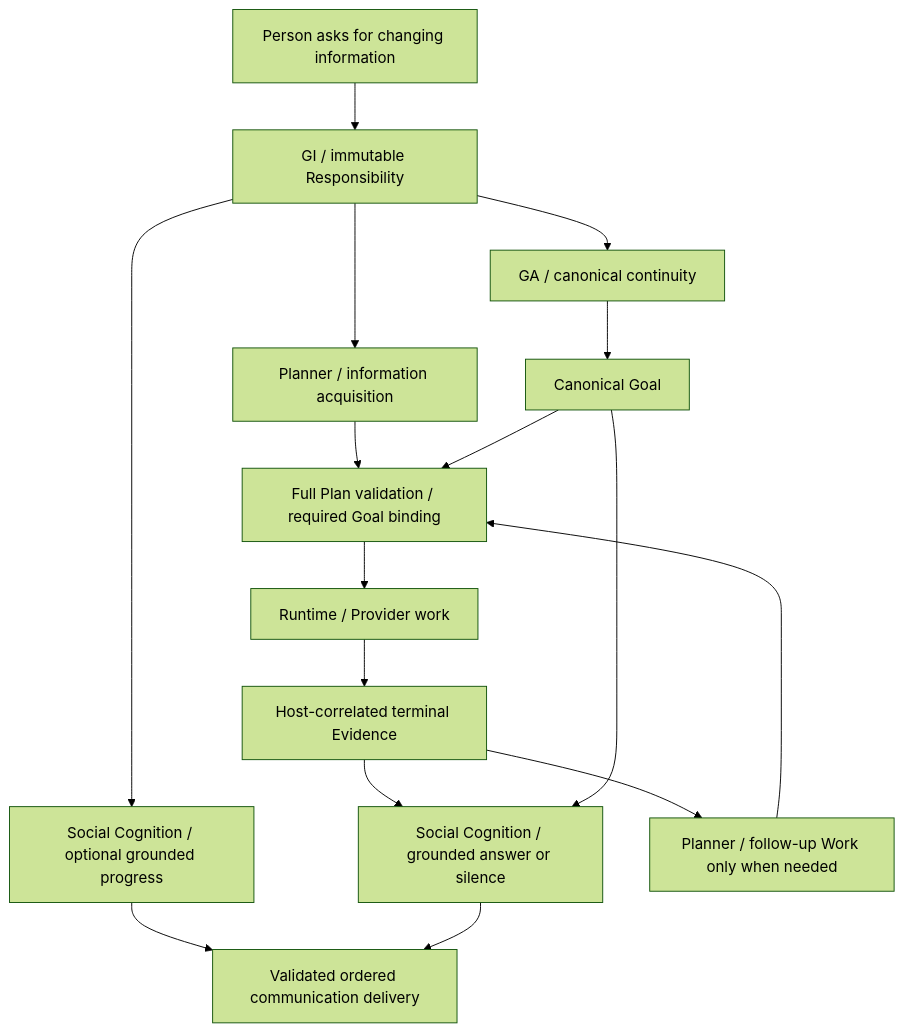
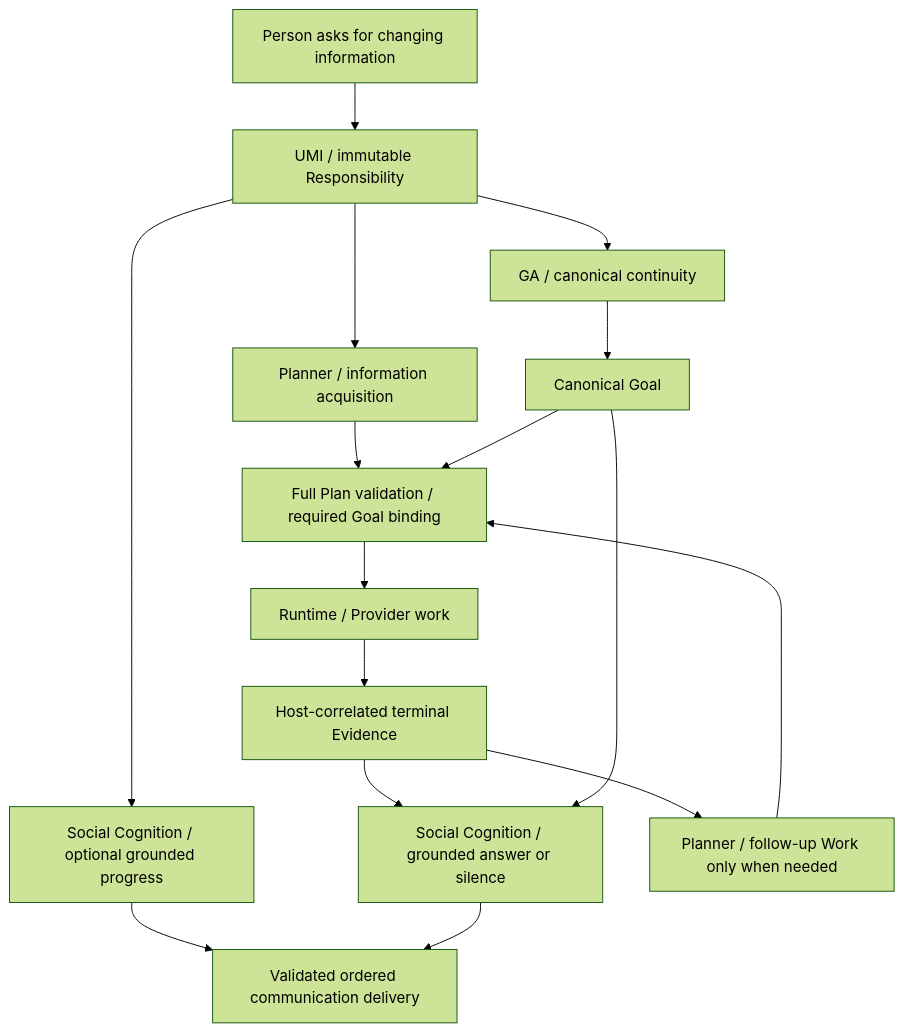
The second of 2 diagrams in docs/PROJECT_CHARTER.md (TimeTreker/chromie), drawn with Mermaid (forest theme) before and after one commit. The commit also changed other lines of this file and 358 other files, not shown here.

Commit message:
refactor(cognition): establish user meaning and goal continuity boundaries

````diff
--- a/docs/PROJECT_CHARTER.md
+++ b/docs/PROJECT_CHARTER.md
@@ -503,18 +506,18 @@
 ```mermaid
 flowchart TD
-    U["Person asks for changing information"] --> GI["GI / immutable Responsibility"]
-    GI --> SC["Social Cognition / optional grounded progress"]
-    GI --> P["Planner / information acquisition"]
-    GI --> GA["GA / canonical continuity"]
+    U["Person asks for changing information"] --> UMI["UMI / immutable Responsibility"]
+    UMI --> SC["Social Cognition / optional grounded progress"]
+    UMI --> P["Planner / information acquisition"]
+    UMI --> GA["GA / canonical continuity"]
     GA --> G["Canonical Goal"]
     P --> V["Full Plan validation / required Goal binding"]
     G --> V
     V --> RT["Runtime / Provider work"]
     RT --> E["Host-correlated terminal Evidence"]
     E --> SC2["Social Cognition / grounded answer or silence"]
     E --> P2["Planner / follow-up Work only when needed"]
     G --> SC2
     SC --> VO["Validated ordered communication delivery"]
     SC2 --> VO
     P2 --> V
 ```
````
